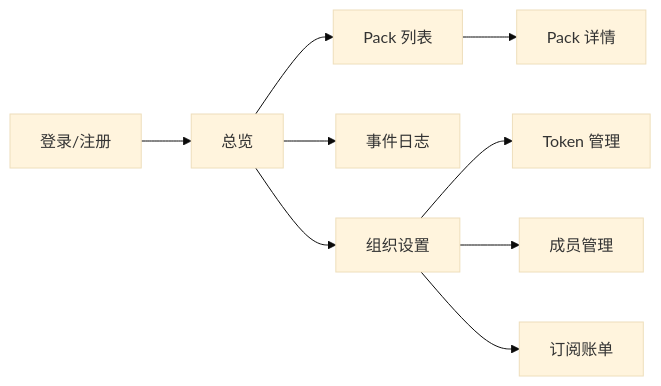
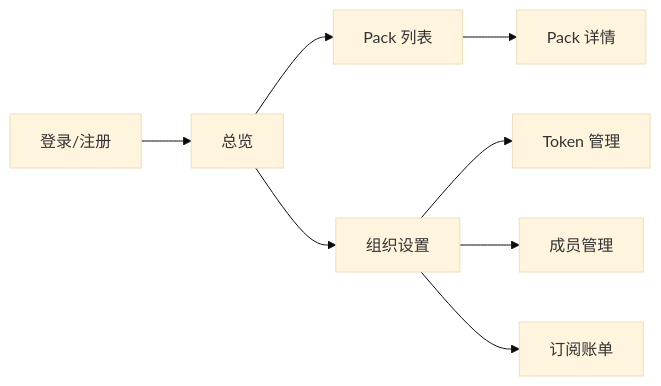
Before and after one commit to CreminiAI/skillpack: the third of 5 diagrams in docs/todo/enterprise_dashboard_plan.md, drawn with Mermaid (base theme). The commit also changed other lines of this file and 3 other files, not shown here.

````diff
--- a/docs/todo/enterprise_dashboard_plan.md
+++ b/docs/todo/enterprise_dashboard_plan.md
@@ -328,11 +318,10 @@
 ```mermaid
 graph LR
     Login[登录/注册] --> Dashboard[总览]
     Dashboard --> PackList[Pack 列表]
     PackList --> PackDetail[Pack 详情]
-    Dashboard --> Events[事件日志]
     Dashboard --> Settings[组织设置]
     Settings --> Tokens[Token 管理]
     Settings --> Members[成员管理]
     Settings --> Billing[订阅账单]
 ```
````
